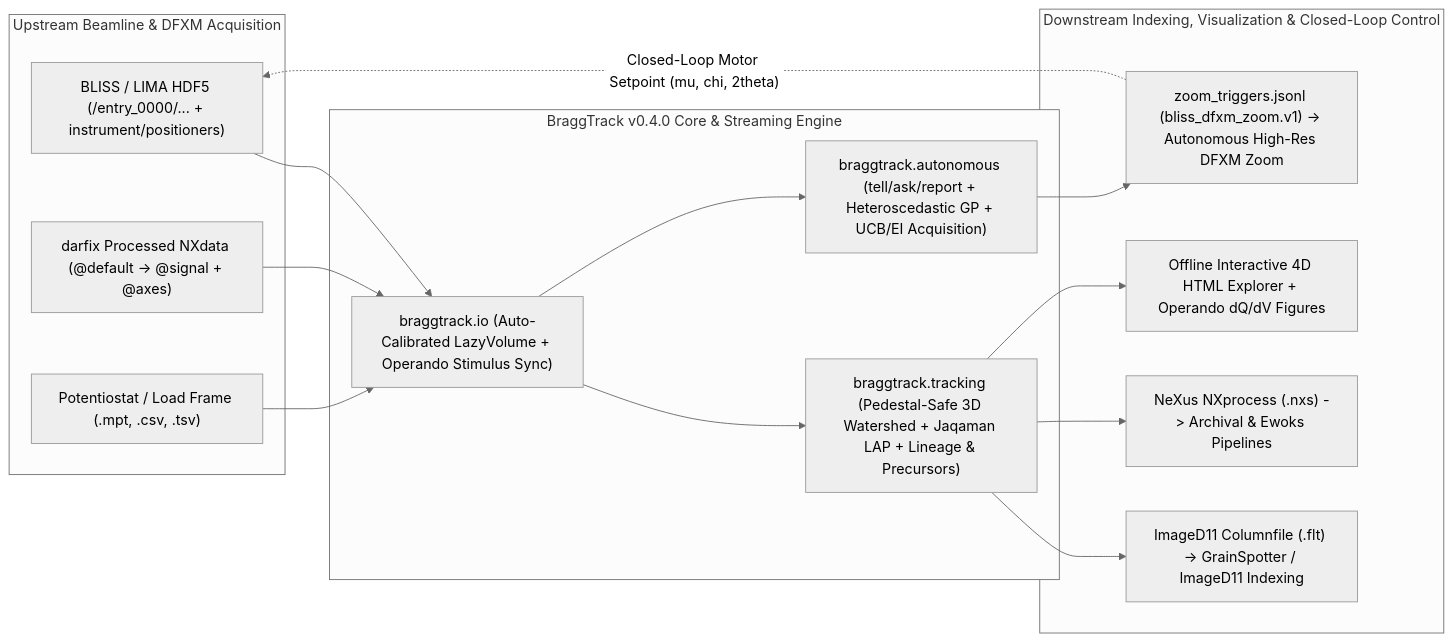
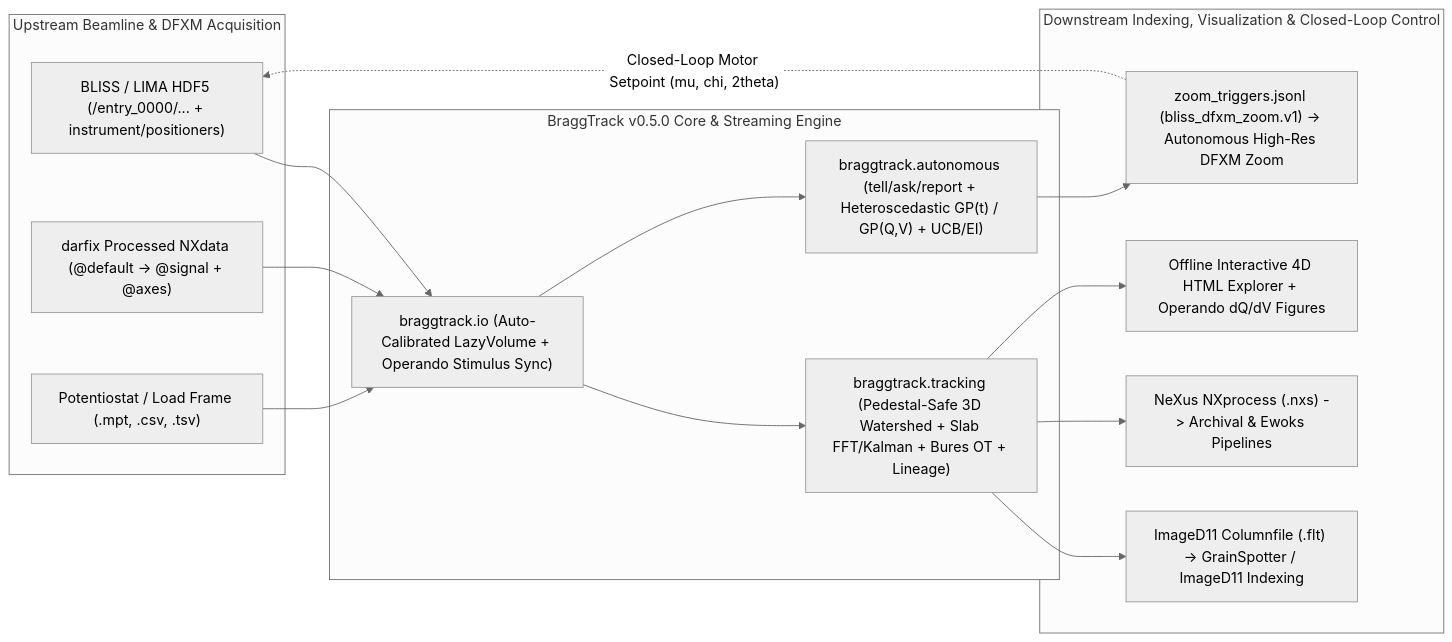
Before and after one commit to BASE-Laboratory/BraggTrack: the diagram in docs/positioning.md, drawn with Mermaid (neutral theme). The commit also changed other lines of this file and 16 other files, not shown here.

````diff
--- a/docs/positioning.md
+++ b/docs/positioning.md
@@ -29,32 +29,32 @@
 ```mermaid
 flowchart LR
   subgraph upstream["Upstream Beamline & DFXM Acquisition"]
     BLISS["BLISS / LIMA HDF5 (/entry_0000/... + instrument/positioners)"]
     DARFIX["darfix Processed NXdata (@default -> @signal + @axes)"]
     EC["Potentiostat / Load Frame (.mpt, .csv, .tsv)"]
   end
 
-  subgraph bt["BraggTrack v0.4.0 Core & Streaming Engine"]
+  subgraph bt["BraggTrack v0.5.0 Core & Streaming Engine"]
     IO["braggtrack.io (Auto-Calibrated LazyVolume + Operando Stimulus Sync)"]
-    TRK["braggtrack.tracking (Pedestal-Safe 3D Watershed + Jaqaman LAP + Lineage & Precursors)"]
-    AUTO["braggtrack.autonomous (tell/ask/report + Heteroscedastic GP + UCB/EI Acquisition)"]
+    TRK["braggtrack.tracking (Pedestal-Safe 3D Watershed + Slab FFT/Kalman + Bures OT + Lineage)"]
+    AUTO["braggtrack.autonomous (tell/ask/report + Heteroscedastic GP(t) / GP(Q,V) + UCB/EI)"]
   end
 
   subgraph downstream["Downstream Indexing, Visualization & Closed-Loop Control"]
     FLT["ImageD11 Columnfile (.flt) -> GrainSpotter / ImageD11 Indexing"]
     NXS["NeXus NXprocess (.nxs) -> Archival & Ewoks Pipelines"]
     HTML["Offline Interactive 4D HTML Explorer + Operando dQ/dV Figures"]
     ZOOM["zoom_triggers.jsonl (bliss_dfxm_zoom.v1) -> Autonomous High-Res DFXM Zoom"]
   end
 
   BLISS --> IO
   DARFIX --> IO
   EC --> IO
   IO --> TRK
   IO --> AUTO
   TRK --> FLT
   TRK --> NXS
   TRK --> HTML
   AUTO --> ZOOM
   ZOOM -. "Closed-Loop Motor Setpoint (mu, chi, 2theta)" .-> BLISS
 ```
````
